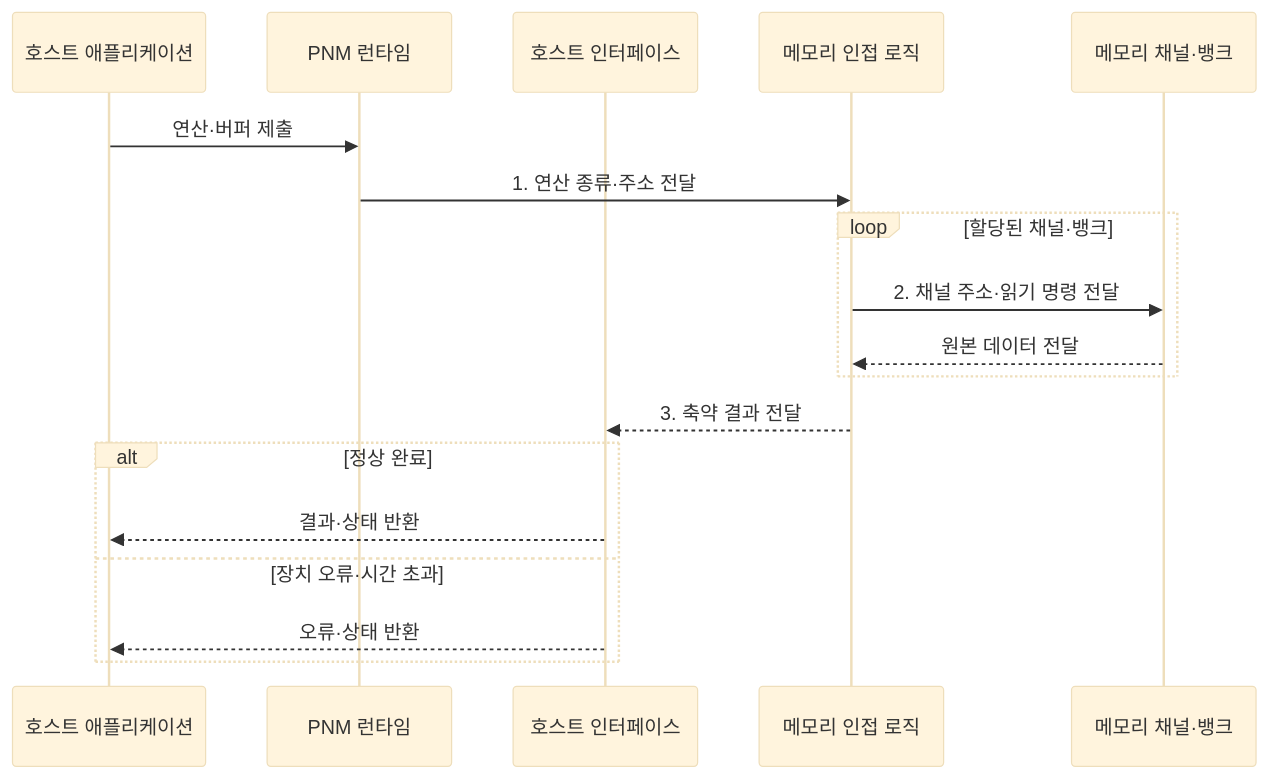
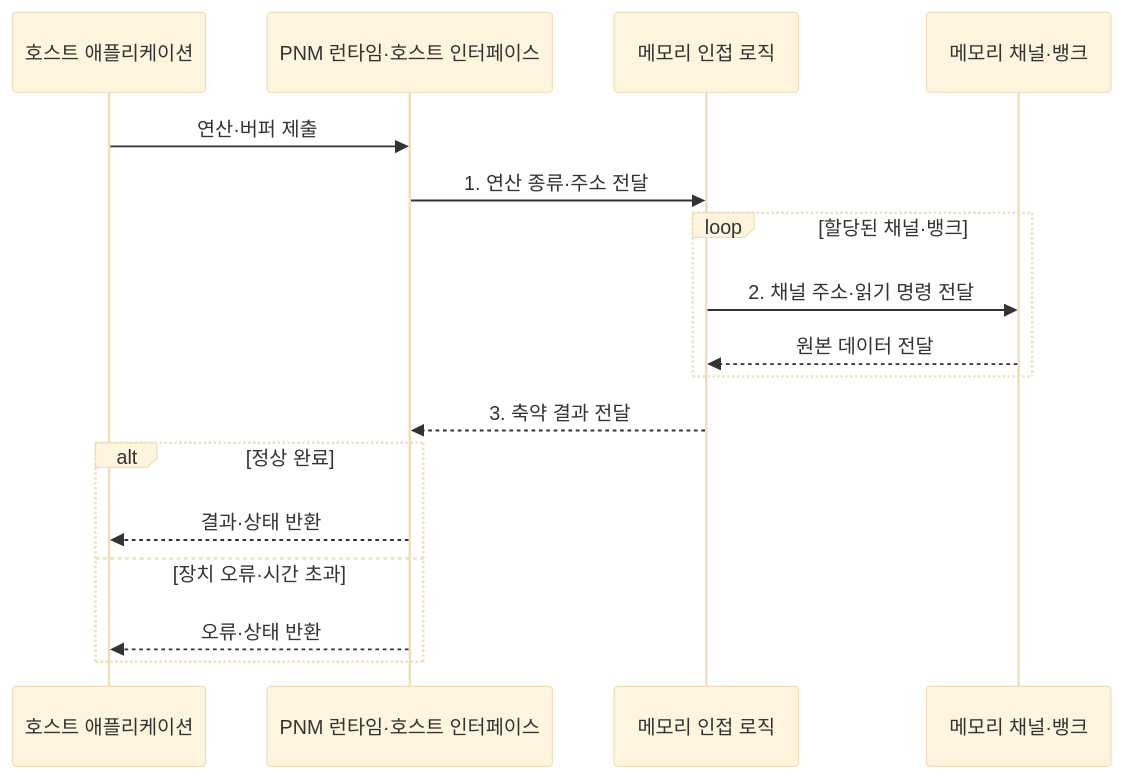
One commit to agnusdei1207/knowledge-base changed the second of 2 diagrams in src/content/docs/notes/02-hardware/027_pnm.md. Above: the diagram before and after it, drawn with Mermaid (base theme). The commit also changed 9 other files, not shown here.

Commit message:
Reduce redundant hardware flow roles

````diff
--- a/src/content/docs/notes/02-hardware/027_pnm.md
+++ b/src/content/docs/notes/02-hardware/027_pnm.md
@@ -91,21 +91,20 @@
 ```mermaid
 sequenceDiagram
     participant H as 호스트 애플리케이션
-    participant R as PNM 런타임
-    participant I as 호스트 인터페이스
+    participant R as PNM 런타임·호스트 인터페이스
     participant N as 메모리 인접 로직
     participant M as 메모리 채널·뱅크
 
     H->>R: 연산·버퍼 제출
     R->>N: 1. 연산 종류·주소 전달
     loop 할당된 채널·뱅크
         N->>M: 2. 채널 주소·읽기 명령 전달
         M-->>N: 원본 데이터 전달
     end
-    N-->>I: 3. 축약 결과 전달
+    N-->>R: 3. 축약 결과 전달
     alt 정상 완료
-        I-->>H: 결과·상태 반환
+        R-->>H: 결과·상태 반환
     else 장치 오류·시간 초과
-        I-->>H: 오류·상태 반환
+        R-->>H: 오류·상태 반환
     end
 ```
````
